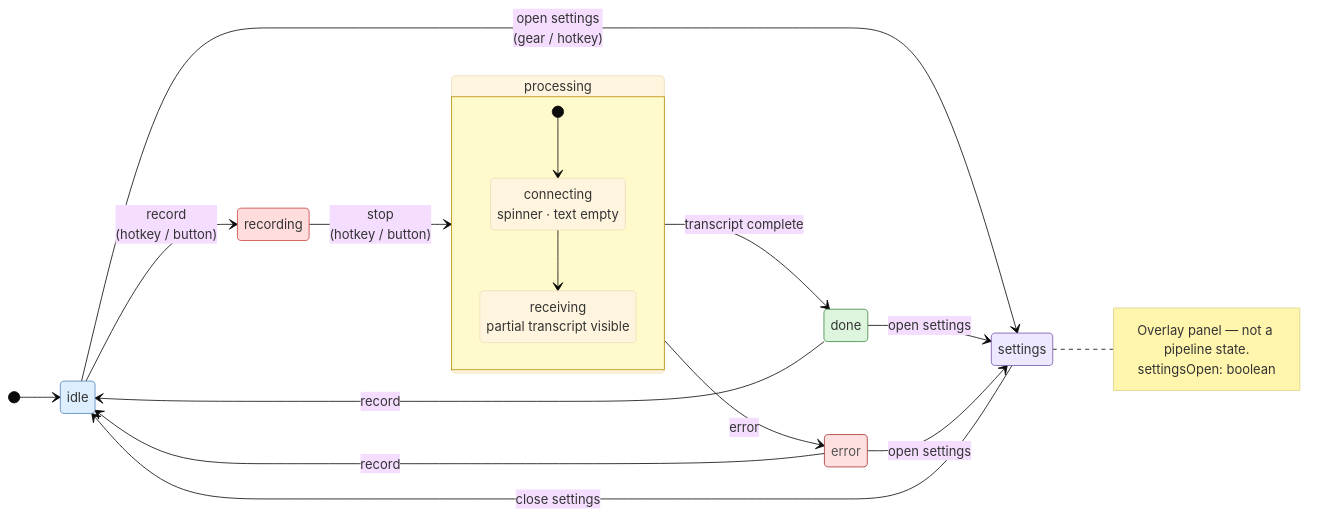
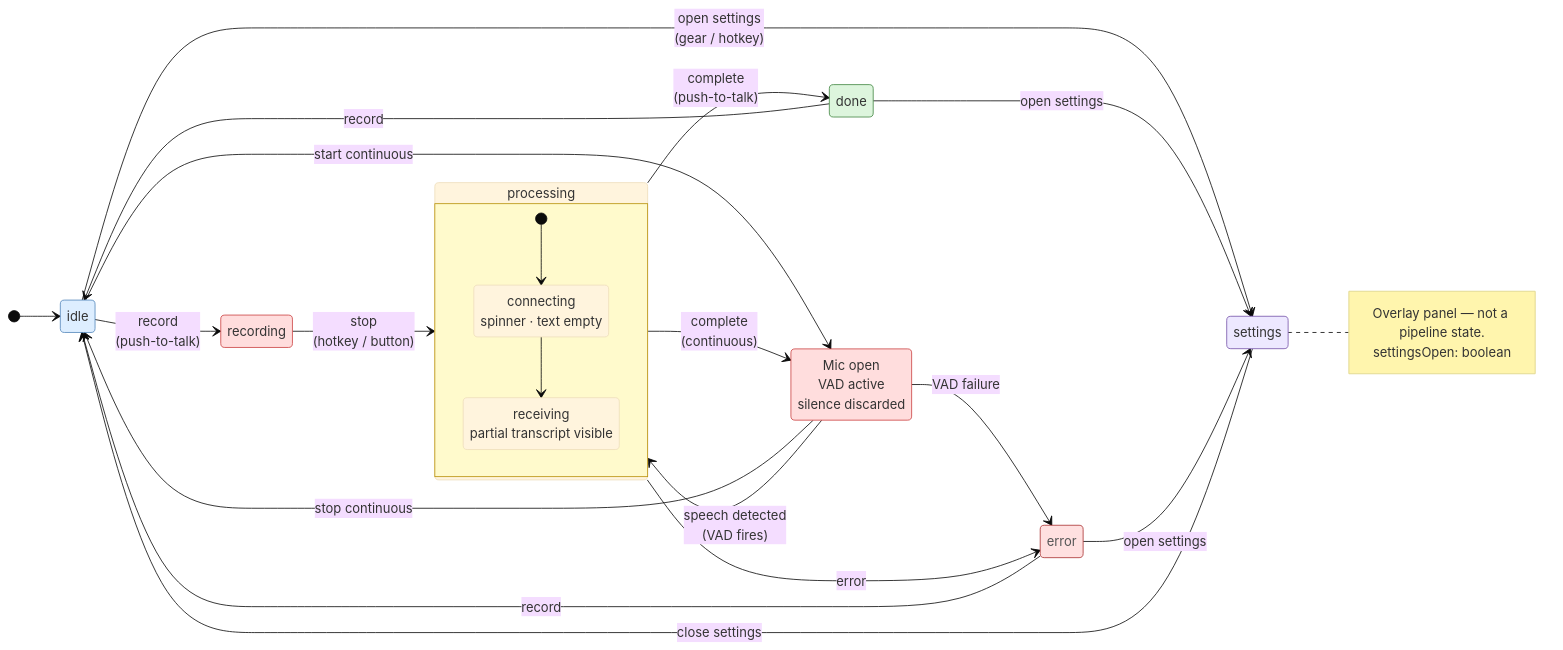
Before and after one commit to JohnYanez95/voice-scribe: the diagram in docs/diagrams/state-machine.mmd, drawn with Mermaid (base theme). The commit also changed 6 other files, not shown here.

First line of the commit message:
Gate 2: update diagrams for v2.2 continuous mode

```diff
--- a/docs/diagrams/state-machine.mmd
+++ b/docs/diagrams/state-machine.mmd
@@ -1,45 +1,54 @@
 stateDiagram-v2
     direction LR
 
     classDef idleClass    fill:#ddeeff,stroke:#5588bb,color:#333
     classDef activeClass  fill:#ffdddd,stroke:#cc4444,color:#333
     classDef inflightClass fill:#fffacc,stroke:#b8900a,color:#333
     classDef successClass fill:#ddf5dd,stroke:#448844,color:#333
     classDef failureClass fill:#ffe0e0,stroke:#aa3333,color:#555
     classDef uiClass      fill:#ede8ff,stroke:#7755aa,color:#333
 
     [*] --> idle
 
-    idle --> recording : record<br/>(hotkey / button)
+    idle --> recording : record<br/>(push-to-talk)
+    idle --> listening : start continuous
+
     recording --> processing : stop<br/>(hotkey / button)
+
+    listening : Mic open<br/>VAD active<br/>silence discarded
+    listening --> processing : speech detected<br/>(VAD fires)
+    listening --> idle : stop continuous
+    listening --> error : VAD failure
 
     state processing {
         direction TB
         [*] --> connecting
         connecting : connecting<br/>spinner · text empty
         receiving : receiving<br/>partial transcript visible
         connecting --> receiving
     }
 
-    processing --> done : transcript complete
+    processing --> done : complete<br/>(push-to-talk)
+    processing --> listening : complete<br/>(continuous)
     processing --> error : error
 
     done --> idle : record
     error --> idle : record
 
     idle --> settings : open settings<br/>(gear / hotkey)
     done --> settings : open settings
     error --> settings : open settings
     settings --> idle : close settings
 
     note right of settings
         Overlay panel — not a pipeline state.
         settingsOpen: boolean
     end note
 
     class idle idleClass
     class recording activeClass
+    class listening activeClass
     class processing inflightClass
     class done successClass
     class error failureClass
     class settings uiClass
```
